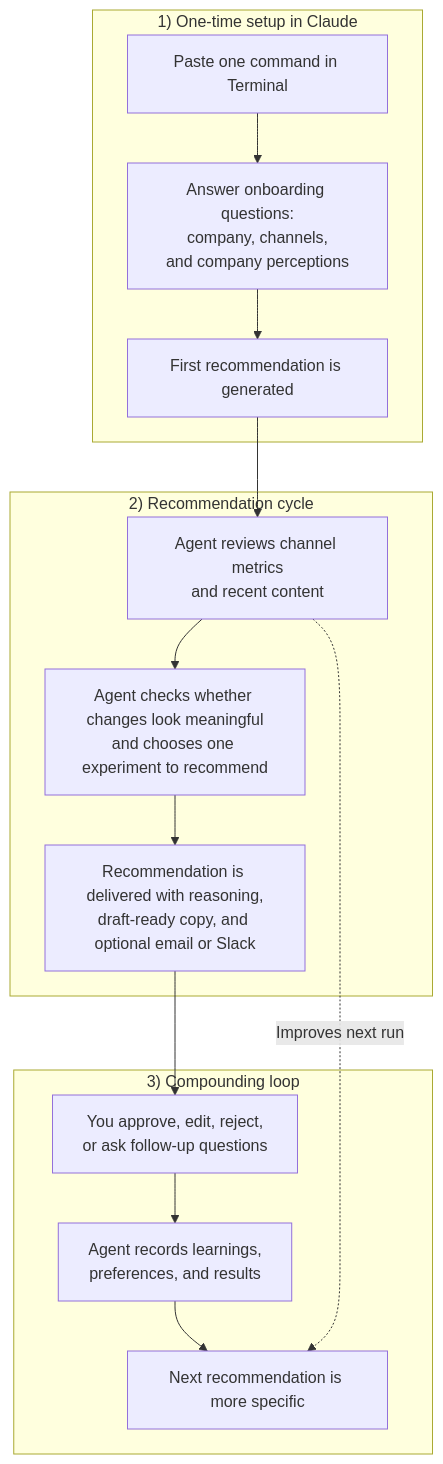
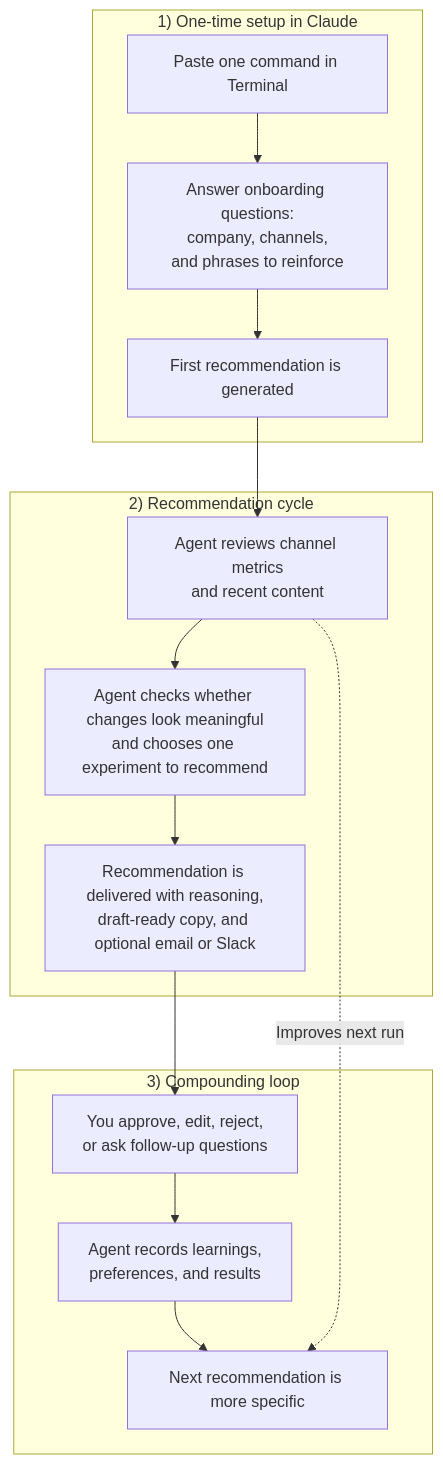
Before and after one commit to ryan-hennebry/compound-marketing: the diagram in assets/how-it-works.mmd, drawn with Mermaid. The commit also changed 4 other files, not shown here.

```diff
--- a/assets/how-it-works.mmd
+++ b/assets/how-it-works.mmd
@@ -1,25 +1,25 @@
 flowchart TB
   subgraph SETUP["1) One-time setup in Claude"]
     A["Paste one command in Terminal"]
-    B["Answer onboarding questions:<br/>company, channels,<br/>and company perceptions"]
+    B["Answer onboarding questions:<br/>company, channels,<br/>and phrases to reinforce"]
     C["First recommendation is generated"]
     A --> B --> C
   end
 
   subgraph CYCLE["2) Recommendation cycle"]
     E["Agent reviews channel metrics<br/>and recent content"]
     F["Agent checks whether changes look meaningful<br/>and chooses one experiment to recommend"]
     G["Recommendation is delivered with reasoning,<br/>draft-ready copy, and optional email or Slack"]
     E --> F --> G
   end
 
   subgraph COMPOUND["3) Compounding loop"]
     H["You approve, edit, reject,<br/>or ask follow-up questions"]
     I["Agent records learnings,<br/>preferences, and results"]
     J["Next recommendation is more specific"]
     H --> I --> J
   end
 
   C --> E
   G --> H
   E -. "Improves next run" .-> J
```
